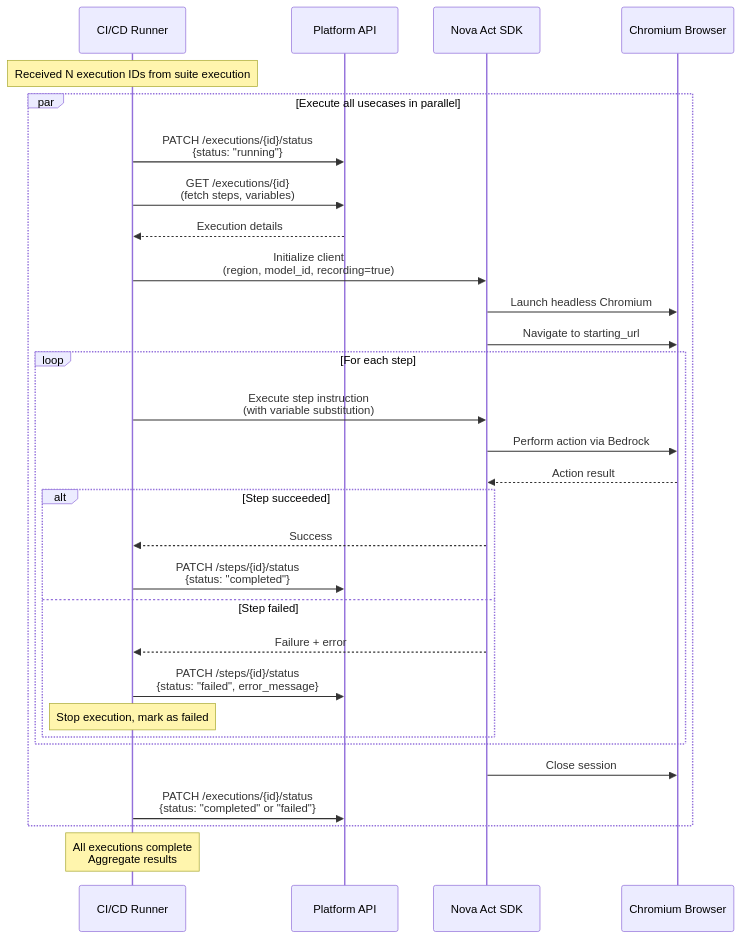
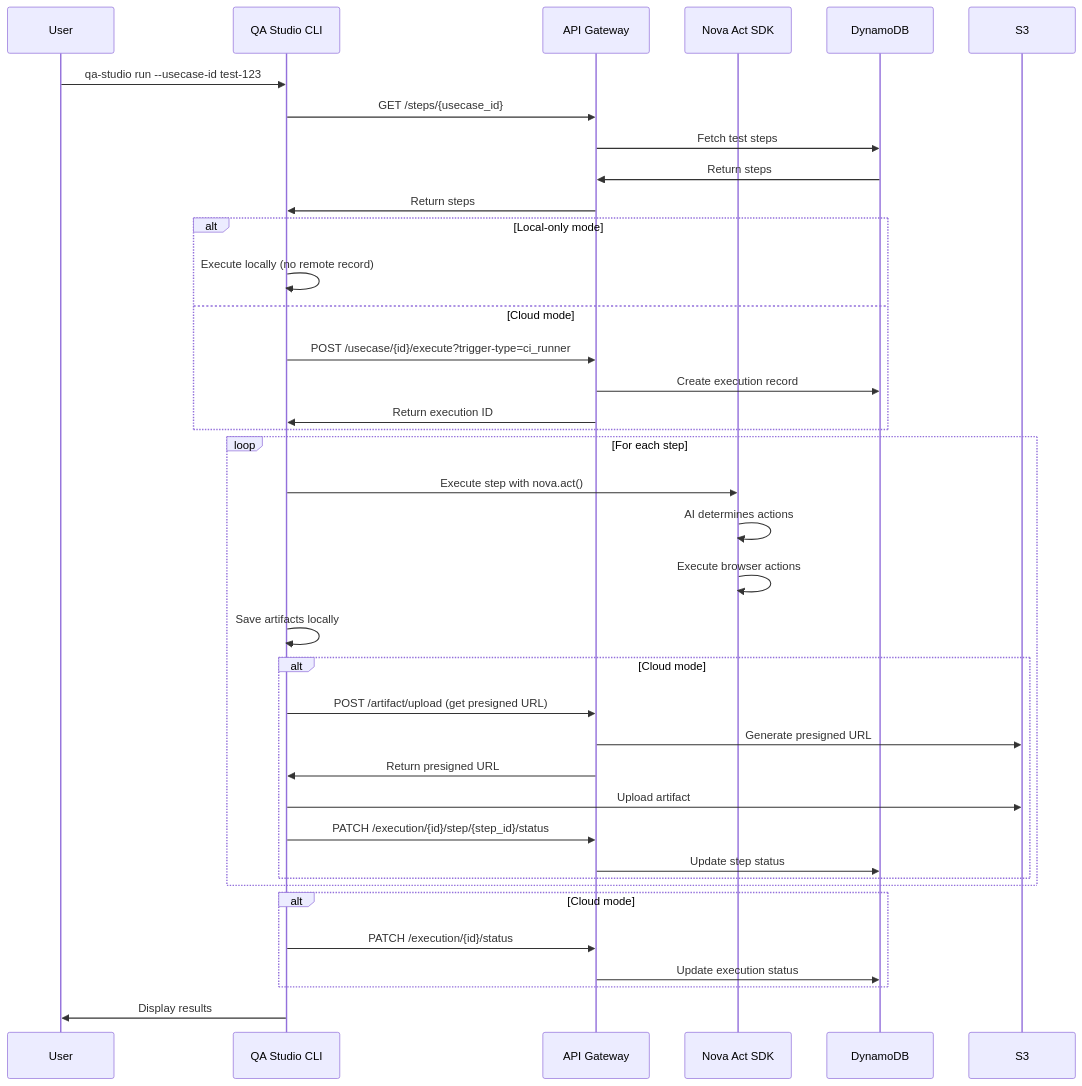
The fifth of 5 diagrams in docs/architecture.md (aws-samples/sample-qa-studio), drawn with Mermaid before and after one commit. The commit also changed other lines of this file and 12 other files, not shown here.

````diff
--- a/docs/architecture.md
+++ b/docs/architecture.md
@@ -166,42 +181,46 @@
 ```mermaid
 sequenceDiagram
-    participant Runner as CI/CD Runner
-    participant API as Platform API
+    participant User
+    participant CLI as QA Studio CLI
+    participant API as API Gateway
     participant NovaAct as Nova Act SDK
-    participant Browser as Chromium Browser
+    participant DynamoDB
+    participant S3
     
-    Note over Runner: Received N execution IDs from suite execution
+    User->>CLI: qa-studio run --usecase-id test-123
+    CLI->>API: GET /steps/{usecase_id}
+    API->>DynamoDB: Fetch test steps
+    DynamoDB->>API: Return steps
+    API->>CLI: Return steps
     
-    par Execute all usecases in parallel
-        Runner->>API: PATCH /executions/{id}/status<br/>{status: "running"}
-        
-        Runner->>API: GET /executions/{id}<br/>(fetch steps, variables)
-        API-->>Runner: Execution details
-        
-        Runner->>NovaAct: Initialize client<br/>(region, model_id, recording=true)
-        NovaAct->>Browser: Launch headless Chromium
-        
-        NovaAct->>Browser: Navigate to starting_url
-        
-        loop For each step
-            Runner->>NovaAct: Execute step instruction<br/>(with variable substitution)
-            NovaAct->>Browser: Perform action via Bedrock
-            Browser-->>NovaAct: Action result
-            
-            alt Step succeeded
-                NovaAct-->>Runner: Success
-                Runner->>API: PATCH /steps/{id}/status<br/>{status: "completed"}
-            else Step failed
-                NovaAct-->>Runner: Failure + error
-                Runner->>API: PATCH /steps/{id}/status<br/>{status: "failed", error_message}
-                Note over Runner: Stop execution, mark as failed
-            end
-        end
-        
-        NovaAct->>Browser: Close session
-        
-        Runner->>API: PATCH /executions/{id}/status<br/>{status: "completed" or "failed"}
+    alt Local-only mode
+        CLI->>CLI: Execute locally (no remote record)
+    else Cloud mode
+        CLI->>API: POST /usecase/{id}/execute?trigger-type=ci_runner
+        API->>DynamoDB: Create execution record
+        API->>CLI: Return execution ID
     end
     
-    Note over Runner: All executions complete<br/>Aggregate results
+    loop For each step
+        CLI->>NovaAct: Execute step with nova.act()
+        NovaAct->>NovaAct: AI determines actions
+        NovaAct->>NovaAct: Execute browser actions
+        CLI->>CLI: Save artifacts locally
+        
+        alt Cloud mode
+            CLI->>API: POST /artifact/upload (get presigned URL)
+            API->>S3: Generate presigned URL
+            API->>CLI: Return presigned URL
+            CLI->>S3: Upload artifact
+            CLI->>API: PATCH /execution/{id}/step/{step_id}/status
+            API->>DynamoDB: Update step status
+        end
+    end
+    
+    alt Cloud mode
+        CLI->>API: PATCH /execution/{id}/status
+        API->>DynamoDB: Update execution status
+    end
+    
+    CLI->>User: Display results
 ```
````
